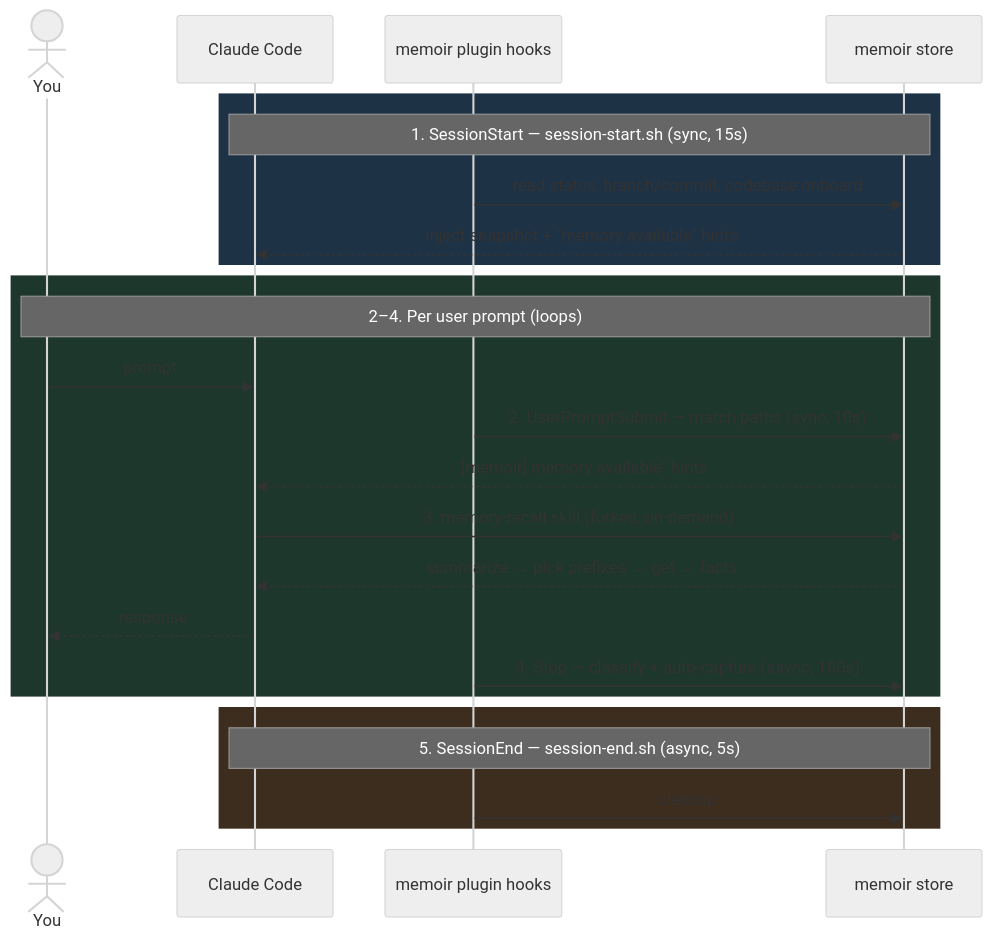
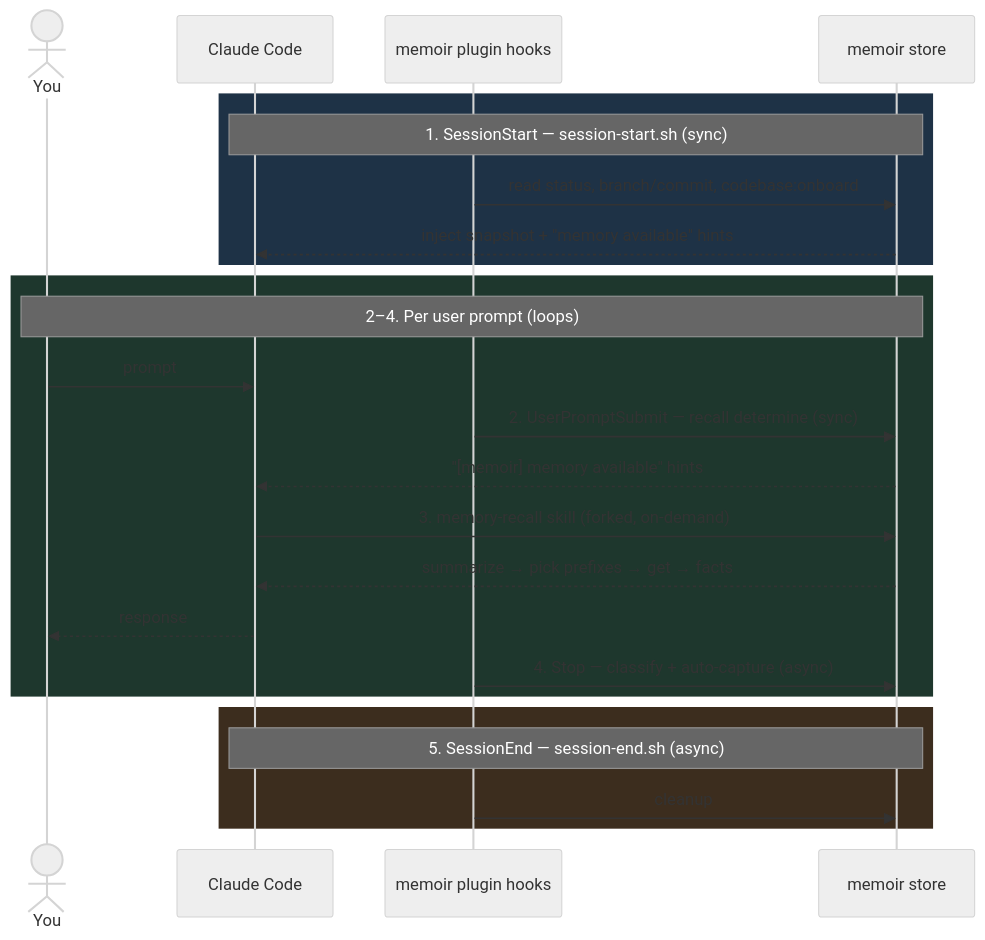
Before and after one commit to zhangfengcdt/memoir: the diagram in docs/claude_code.md, drawn with Mermaid (neutral theme).

Commit message:
modify claude code document and diagram

````diff
--- a/docs/claude_code.md
+++ b/docs/claude_code.md
@@ -82,29 +82,29 @@
 ```mermaid
 sequenceDiagram
     actor You
     participant Claude as Claude Code
     participant Plugin as memoir plugin hooks
     participant Store as memoir store
 
     rect rgb(30, 50, 70)
-    Note over Claude,Store: 1. SessionStart — session-start.sh (sync, 15s)
+    Note over Claude,Store: 1. SessionStart — session-start.sh (sync)
     Plugin->>Store: read status, branch/commit, codebase:onboard
     Store-->>Claude: inject snapshot + "memory available" hints
     end
 
     rect rgb(30, 55, 45)
     Note over You,Store: 2–4. Per user prompt (loops)
     You->>Claude: prompt
-    Plugin->>Store: 2. UserPromptSubmit — match paths (sync, 10s)
+    Plugin->>Store: 2. UserPromptSubmit — recall determine (sync)
     Store-->>Claude: "[memoir] memory available" hints
     Claude->>Store: 3. memory-recall skill (forked, on-demand)
     Store-->>Claude: summarize → pick prefixes → get → facts
     Claude-->>You: response
-    Plugin->>Store: 4. Stop — classify + auto-capture (async, 180s)
+    Plugin->>Store: 4. Stop — classify + auto-capture (async)
     end
 
     rect rgb(60, 45, 30)
-    Note over Claude,Store: 5. SessionEnd — session-end.sh (async, 5s)
+    Note over Claude,Store: 5. SessionEnd — session-end.sh (async)
     Plugin->>Store: cleanup
     end
 ```
````
